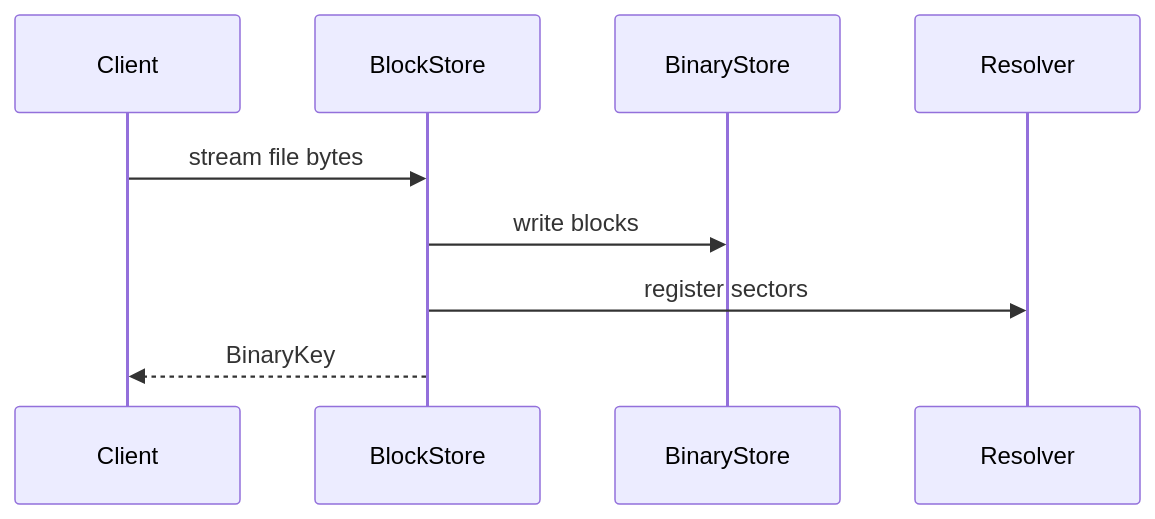
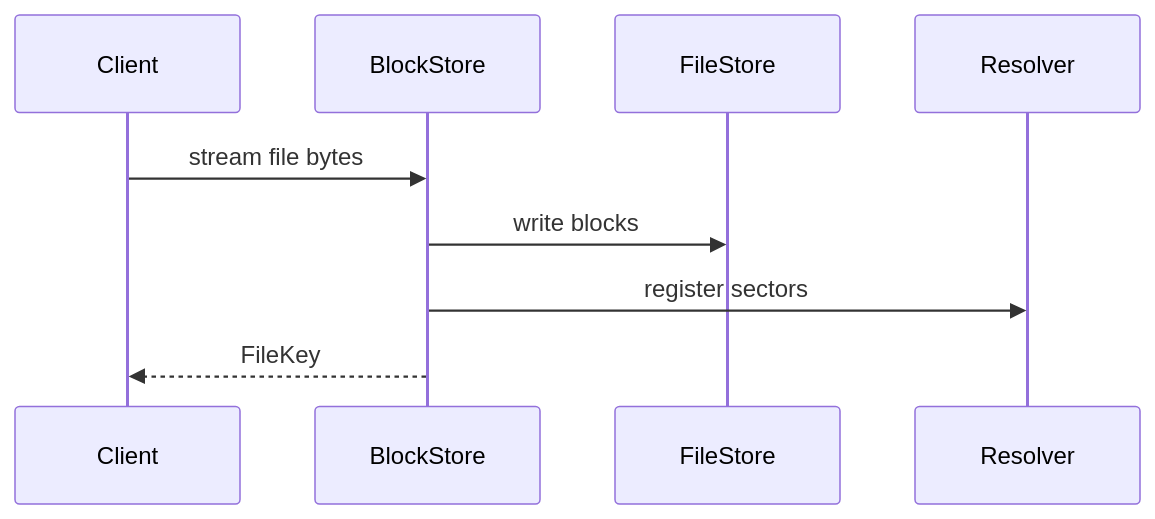
One commit to AdrielC/graviton changed the second of 2 diagrams in README.md. Above: the diagram before and after it, drawn with Mermaid. The commit also changed other lines of this file, not shown here.

````diff
--- a/README.md
+++ b/README.md
@@ -25,12 +25,12 @@
 ```mermaid
 sequenceDiagram
     participant C as Client
     participant BS as BlockStore
-    participant BL as BinaryStore
+    participant BL as FileStore
     participant RS as Resolver
 
     C->>BS: stream file bytes
     BS->>BL: write blocks
     BS->>RS: register sectors
-    BS-->>C: BinaryKey
+    BS-->>C: FileKey
 ```
````
